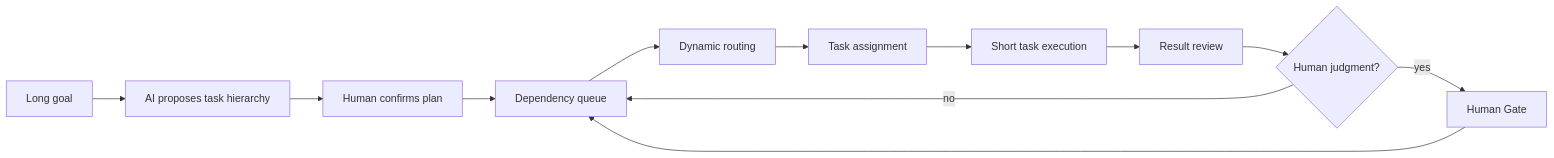
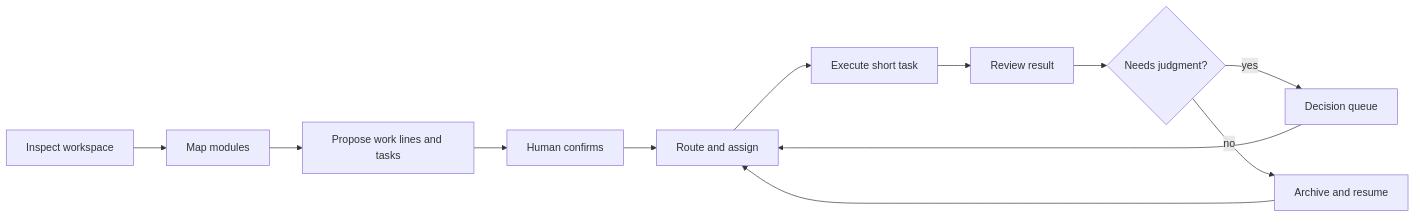
One commit to Dengk3Li/personal-ai-os-core changed the diagram in README.md. Above: the diagram before and after it, drawn with Mermaid. The commit also changed other lines of this file and 18 other files, not shown here.

````diff
--- a/README.md
+++ b/README.md
@@ -15,14 +25,14 @@
 ```mermaid
 flowchart LR
-    G[Long goal] --> P[AI proposes task hierarchy]
-    P --> H[Human confirms plan]
-    H --> Q[Dependency queue]
-    Q --> R[Dynamic routing]
-    R --> A[Task assignment]
-    A --> E[Short task execution]
-    E --> V[Result review]
-    V --> D{Human judgment?}
-    D -->|yes| J[Human Gate]
-    J --> Q
-    D -->|no| Q
+    I[Inspect workspace] --> M[Map modules]
+    M --> P[Propose work lines and tasks]
+    P --> H[Human confirms]
+    H --> R[Route and assign]
+    R --> E[Execute short task]
+    E --> V[Review result]
+    V --> D{Needs judgment?}
+    D -->|yes| G[Decision queue]
+    G --> R
+    D -->|no| A[Archive and resume]
+    A --> R
 ```
````
